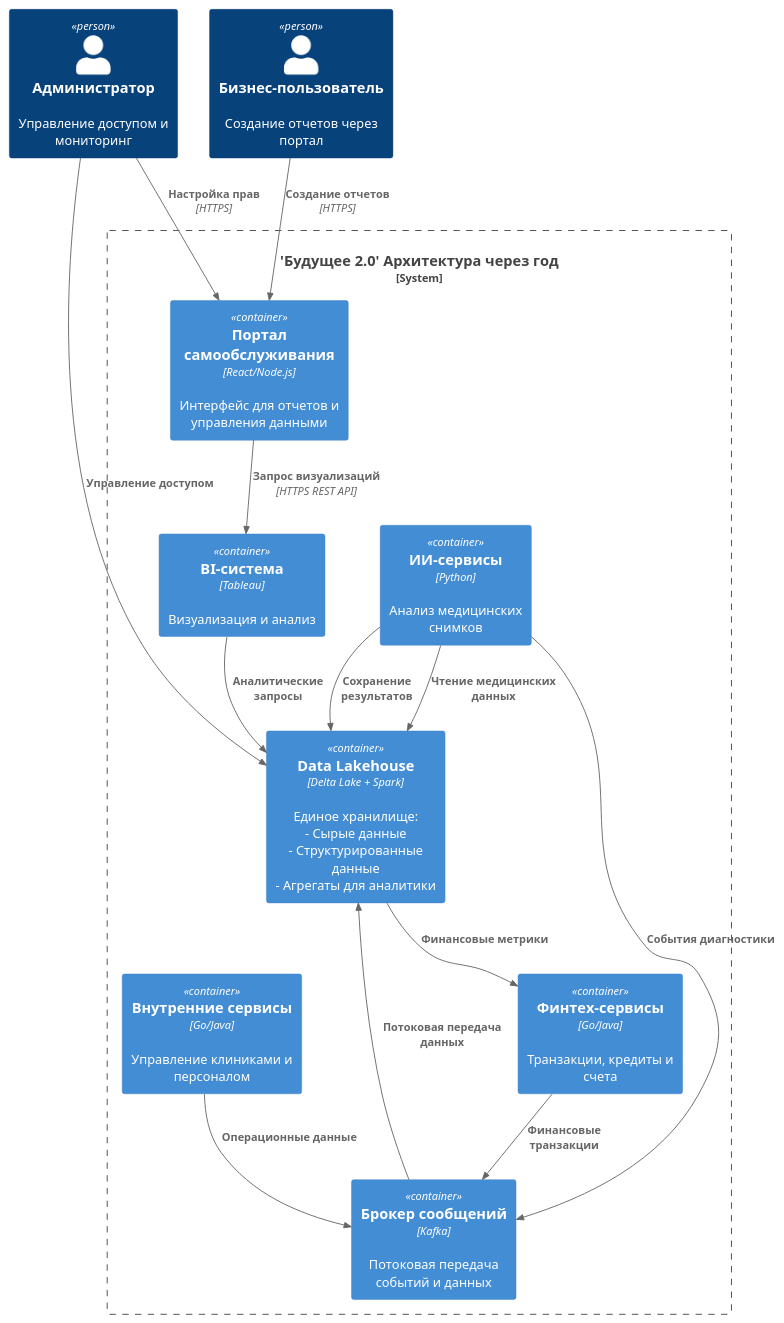
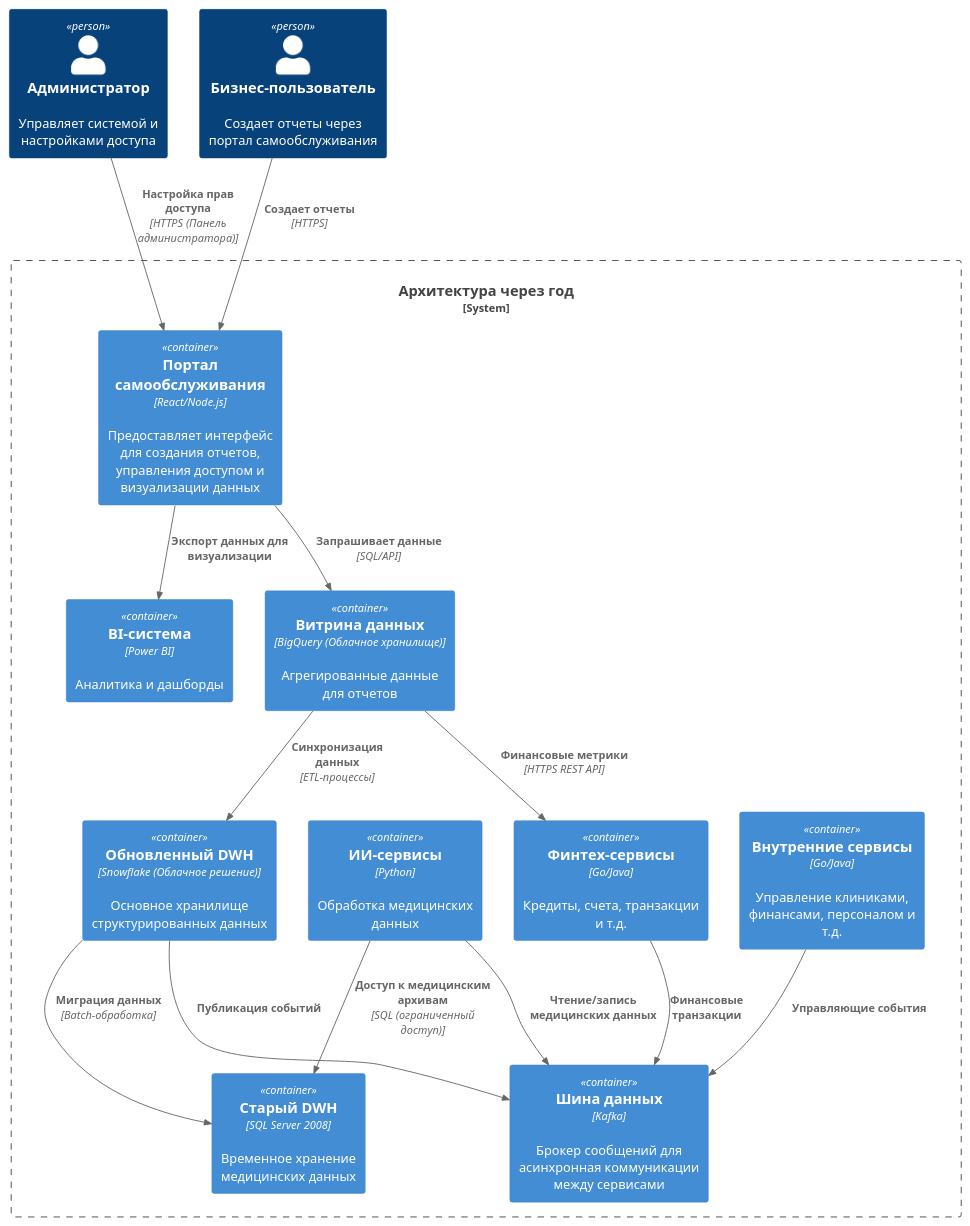
One commit to snakeduse/architecture-sprint-11 changed the diagram in Exc1/ToBe.puml. Above: the diagram before and after it, drawn with PlantUML. The commit also changed 2 other files, not shown here.

Commit message:
feat(Exc1): Внес корректировки в архитектуру через год

```diff
--- a/Exc1/ToBe.puml
+++ b/Exc1/ToBe.puml
@@ -1,36 +1,32 @@
 @startuml
 !include https://raw.githubusercontent.com/plantuml-stdlib/C4-PlantUML/master/C4_Container.puml
 
-Person(admin, "Администратор", "Управление доступом и мониторинг")
-Person(user, "Бизнес-пользователь", "Создание отчетов через портал")
+Person(admin, "Администратор", "Управляет системой и настройками доступа")
+Person(user, "Бизнес-пользователь", "Создает отчеты через портал самообслуживания")
 
-System_Boundary(c1, "'Будущее 2.0' Архитектура через год") {
-    Container(portal, "Портал самообслуживания", "React/Node.js", "Интерфейс для отчетов и управления данными")
-    Container(bi, "BI-система", "Tableau", "Визуализация и анализ")
-    
-    Container(data_lakehouse, "Data Lakehouse", "Delta Lake + Spark", "Единое хранилище:\n- Сырые данные\n- Структурированные данные\n- Агрегаты для аналитики")
-    
-    Container(ai_services, "ИИ-сервисы", "Python", "Анализ медицинских снимков")
-    Container(fintech, "Финтех-сервисы", "Go/Java", "Транзакции, кредиты и счета")
-    Container(integration, "Брокер сообщений", "Kafka", "Потоковая передача событий и данных")
-    Container(internal, "Внутренние сервисы", "Go/Java", "Управление клиниками и персоналом")
+System_Boundary(c1, "Архитектура через год") {
+    Container(portal, "Портал самообслуживания", "React/Node.js", "Предоставляет интерфейс для создания отчетов, управления доступом и визуализации данных")
+    Container(bi, "BI-система", "Power BI", "Аналитика и дашборды")
+    Container(data_mart, "Витрина данных", "BigQuery (Облачное хранилище)", "Агрегированные данные для отчетов")
+    Container(modern_dwh, "Обновленный DWH", "Snowflake (Облачное решение)", "Основное хранилище структурированных данных")
+    Container(legacy_dwh, "Старый DWH", "SQL Server 2008", "Временное хранение медицинских данных")
+    Container(ai_services, "ИИ-сервисы", "Python", "Обработка медицинских данных")
+    Container(fintech, "Финтех-сервисы", "Go/Java", "Кредиты, счета, транзакции и т.д.")
+    Container(integration, "Шина данных", "Kafka", "Брокер сообщений для асинхронная коммуникации между сервисами")
+    Container(internal, "Внутренние сервисы", "Go/Java", "Управление клиниками, финансами, персоналом и т.д.")
 }
 
-Rel(user, portal, "Создание отчетов", "HTTPS")
-Rel(portal, bi, "Запрос визуализаций", "HTTPS REST API")
-Rel(bi, data_lakehouse, "Аналитические запросы")
-
-Rel(ai_services, data_lakehouse, "Чтение медицинских данных")
-Rel(ai_services, integration, "События диагностики")
-Rel(ai_services, data_lakehouse, "Сохранение результатов")
-
+Rel(user, portal, "Создает отчеты", "HTTPS")
+Rel(portal, data_mart, "Запрашивает данные", "SQL/API")
+Rel(portal, bi, "Экспорт данных для визуализации")
+Rel(data_mart, modern_dwh, "Синхронизация данных", "ETL-процессы")
+Rel(data_mart, fintech, "Финансовые метрики", "HTTPS REST API")
+Rel(modern_dwh, legacy_dwh, "Миграция данных", "Batch-обработка")
+Rel(modern_dwh, integration, "Публикация событий")
+Rel(ai_services, integration, "Чтение/запись медицинских данных")
 Rel(fintech, integration, "Финансовые транзакции")
-Rel(internal, integration, "Операционные данные")
-
-Rel(integration, data_lakehouse, "Потоковая передача данных")
-Rel(data_lakehouse, fintech, "Финансовые метрики")
-
-Rel(admin, data_lakehouse, "Управление доступом")
-Rel(admin, portal, "Настройка прав", "HTTPS")
+Rel(internal, integration, "Управляющие события")
+Rel(ai_services, legacy_dwh, "Доступ к медицинским архивам", "SQL (ограниченный доступ)")
+Rel(admin, portal, "Настройка прав доступа", "HTTPS (Панель администратора)")
 
 @enduml
```
